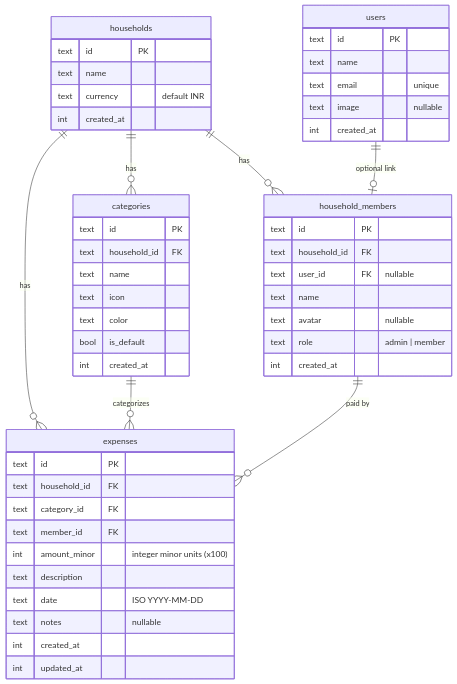
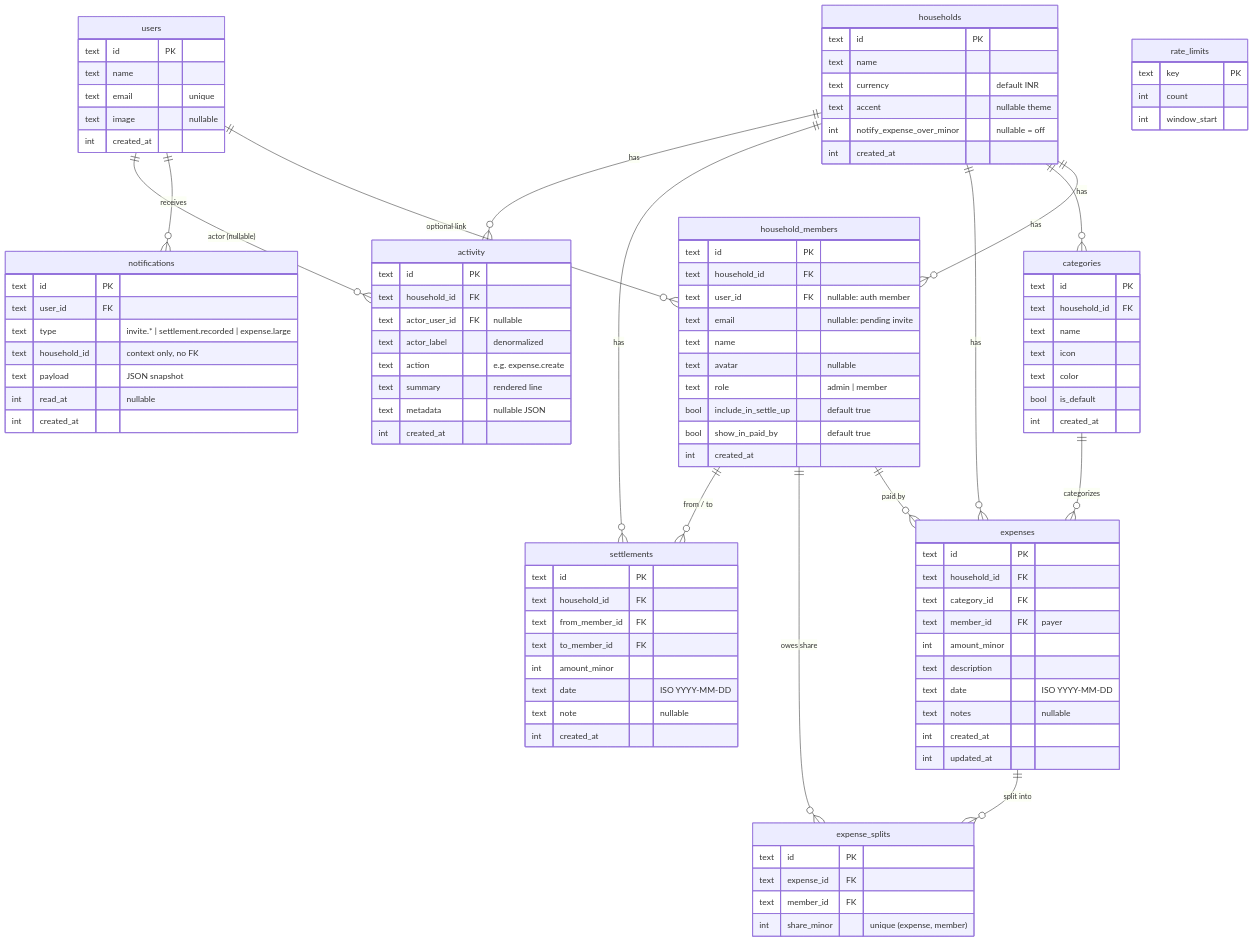
The second of 4 diagrams in README.md (mangatinanda/outlay), drawn with Mermaid before and after one commit. The commit also changed other lines of this file and 5 other files, not shown here.

````diff
--- a/README.md
+++ b/README.md
@@ -115,25 +137,44 @@
 ```mermaid
 erDiagram
+    users ||--o{ household_members : "optional link"
+    users ||--o{ notifications : "receives"
+    users ||--o{ activity : "actor (nullable)"
     households ||--o{ household_members : "has"
     households ||--o{ categories : "has"
     households ||--o{ expenses : "has"
+    households ||--o{ settlements : "has"
+    households ||--o{ activity : "has"
     categories ||--o{ expenses : "categorizes"
     household_members ||--o{ expenses : "paid by"
-    users ||--o| household_members : "optional link"
+    household_members ||--o{ expense_splits : "owes share"
+    household_members ||--o{ settlements : "from / to"
+    expenses ||--o{ expense_splits : "split into"
 
+    users {
+        text id PK
+        text name
+        text email "unique"
+        text image "nullable"
+        int  created_at
+    }
     households {
         text id PK
         text name
         text currency "default INR"
+        text accent "nullable theme"
+        int  notify_expense_over_minor "nullable = off"
         int  created_at
     }
     household_members {
         text id PK
         text household_id FK
-        text user_id FK "nullable"
+        text user_id FK "nullable: auth member"
+        text email "nullable: pending invite"
         text name
         text avatar "nullable"
         text role "admin | member"
+        bool include_in_settle_up "default true"
+        bool show_in_paid_by "default true"
         int  created_at
     }
     categories {
@@ -149,19 +190,52 @@
         text id PK
         text household_id FK
         text category_id FK
-        text member_id FK
-        int  amount_minor "integer minor units (x100)"
+        text member_id FK "payer"
+        int  amount_minor
         text description
         text date "ISO YYYY-MM-DD"
         text notes "nullable"
         int  created_at
         int  updated_at
     }
-    users {
+    expense_splits {
         text id PK
-        text name
-        text email "unique"
-        text image "nullable"
+        text expense_id FK
+        text member_id FK
+        int  share_minor "unique (expense, member)"
+    }
+    settlements {
+        text id PK
+        text household_id FK
+        text from_member_id FK
+        text to_member_id FK
+        int  amount_minor
+        text date "ISO YYYY-MM-DD"
+        text note "nullable"
         int  created_at
     }
+    activity {
+        text id PK
+        text household_id FK
+        text actor_user_id FK "nullable"
+        text actor_label "denormalized"
+        text action "e.g. expense.create"
+        text summary "rendered line"
+        text metadata "nullable JSON"
+        int  created_at
+    }
+    notifications {
+        text id PK
+        text user_id FK
+        text type "invite.* | settlement.recorded | expense.large"
+        text household_id "context only, no FK"
+        text payload "JSON snapshot"
+        int  read_at "nullable"
+        int  created_at
+    }
+    rate_limits {
+        text key PK
+        int  count
+        int  window_start
+    }
 ```
````
